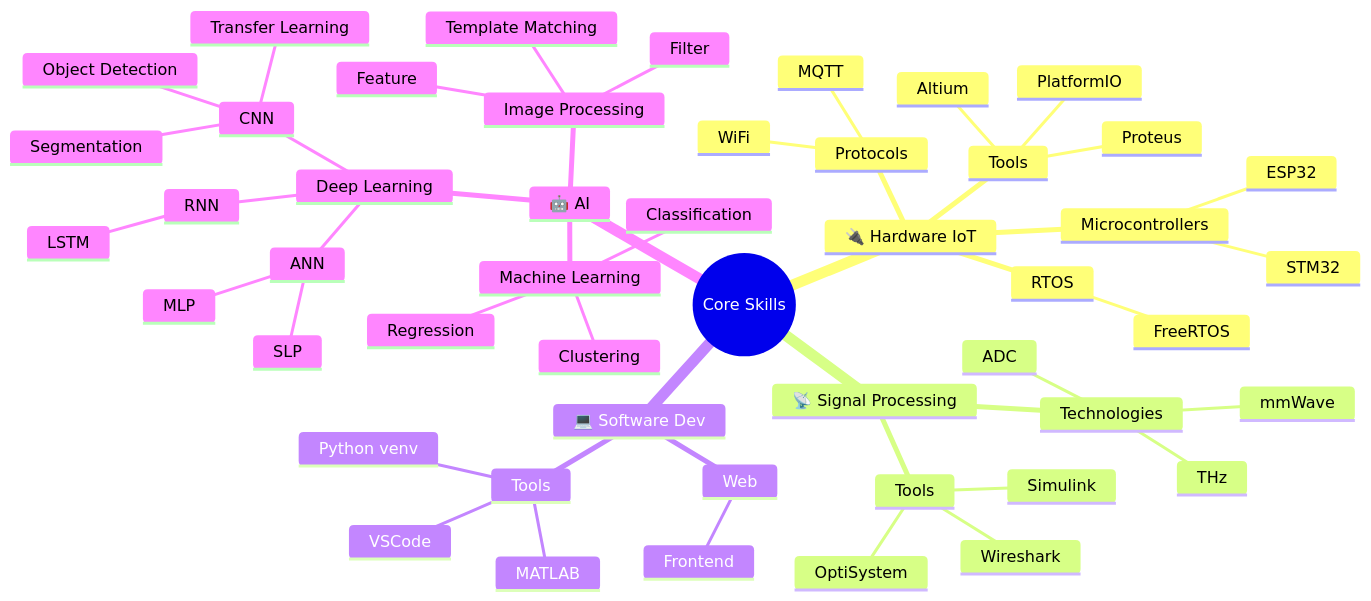
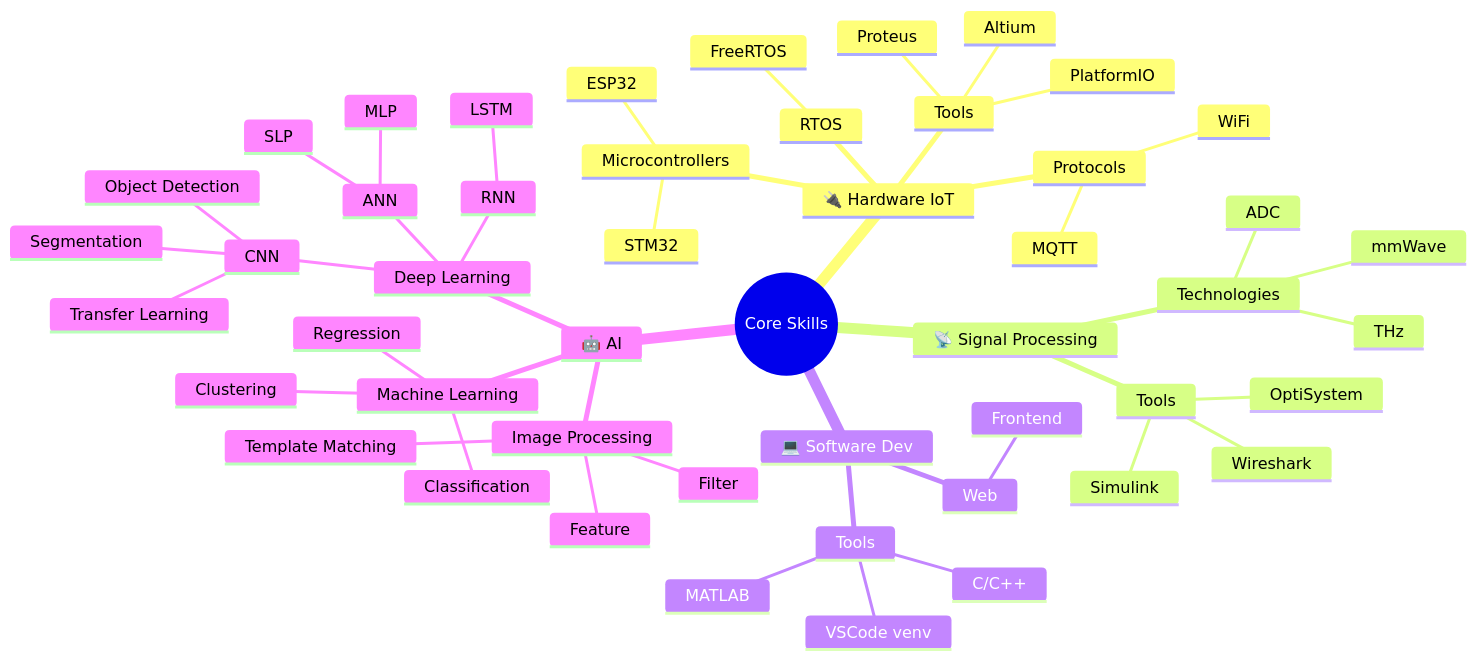
The diagram in README.md (bathanh0309/bathanh0309), drawn with Mermaid before and after one commit.

````diff
--- a/README.md
+++ b/README.md
@@ -141,52 +141,52 @@
 ```mermaid
 mindmap
   root((Core Skills))
     🔌 Hardware IoT
       Microcontrollers
         ESP32
         STM32
       RTOS
         FreeRTOS
       Protocols
         MQTT
         WiFi
       Tools
         PlatformIO
         Proteus
         Altium
     📡 Signal Processing
       Technologies
         mmWave
         THz
         ADC
       Tools
         Simulink
         OptiSystem
         Wireshark
     💻 Software Dev
       Web
         Frontend
       Tools
-        VSCode
+        VSCode venv
         MATLAB
-        Python venv
+        C/C++
     🤖 AI 
       Machine Learning
         Classification
         Regression
         Clustering
       Deep Learning
         ANN
           SLP
           MLP
         CNN
           Segmentation
           Object Detection
           Transfer Learning
         RNN
           LSTM
       Image Processing
         Feature
         Filter
         Template Matching
 ```
````
